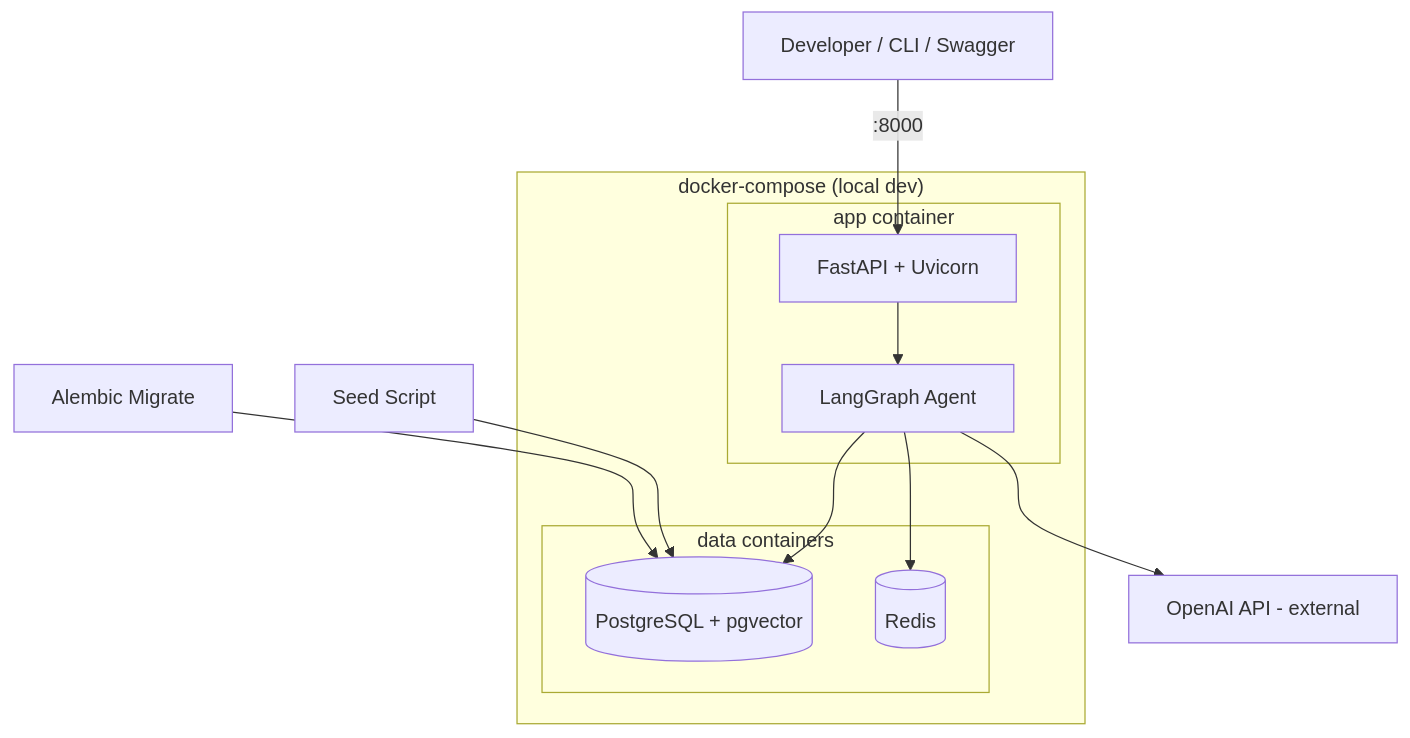
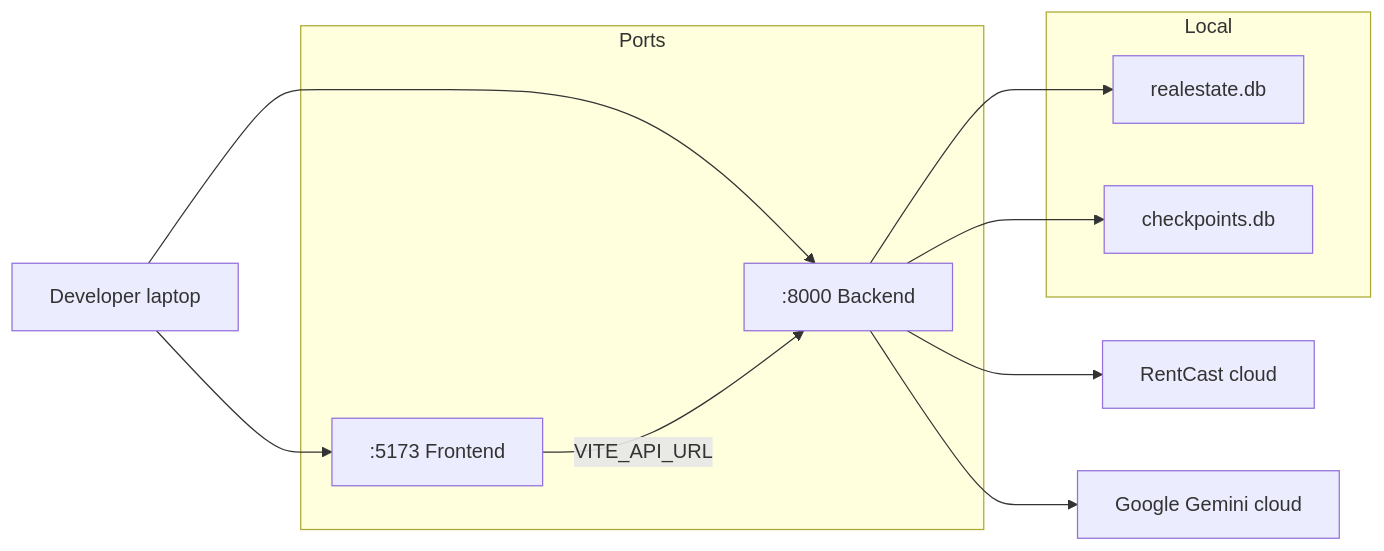
One commit to RushiIITKGP/realestate_agent changed the eighth of 8 diagrams in PROCESS_DIAGRAMS.md. Above: the diagram before and after it, drawn with Mermaid. The commit also changed other lines of this file, not shown here.

Commit message:
Update PROCESS_DIAGRAMS.md for current flat architecture

````diff
--- a/PROCESS_DIAGRAMS.md
+++ b/PROCESS_DIAGRAMS.md
@@ -332,23 +240,22 @@
 ```mermaid
-flowchart TB
-    subgraph DockerCompose["docker-compose (local dev)"]
-        subgraph AppContainer["app container"]
-            FastAPI[FastAPI + Uvicorn]
-            Agent[LangGraph Agent]
-        end
+flowchart LR
+    Dev[Developer laptop]
 
-        subgraph DataContainers["data containers"]
-            Postgres[(PostgreSQL + pgvector)]
-            Redis[(Redis)]
-        end
+    subgraph Ports
+        P1[:5173 Frontend]
+        P2[:8000 Backend]
     end
 
-    Dev[Developer / CLI / Swagger] -->|:8000| FastAPI
-    FastAPI --> Agent
-    Agent --> Postgres
-    Agent --> Redis
-    Agent --> OpenAI[OpenAI API - external]
+    subgraph Local
+        DB1[realestate.db]
+        DB2[checkpoints.db]
+    end
 
-    Seed[Seed Script] --> Postgres
-    Migrate[Alembic Migrate] --> Postgres
+    Dev --> P1
+    Dev --> P2
+    P1 -->|VITE_API_URL| P2
+    P2 --> DB1
+    P2 --> DB2
+    P2 --> RentCast[RentCast cloud]
+    P2 --> Google[Google Gemini cloud]
 ```
````
